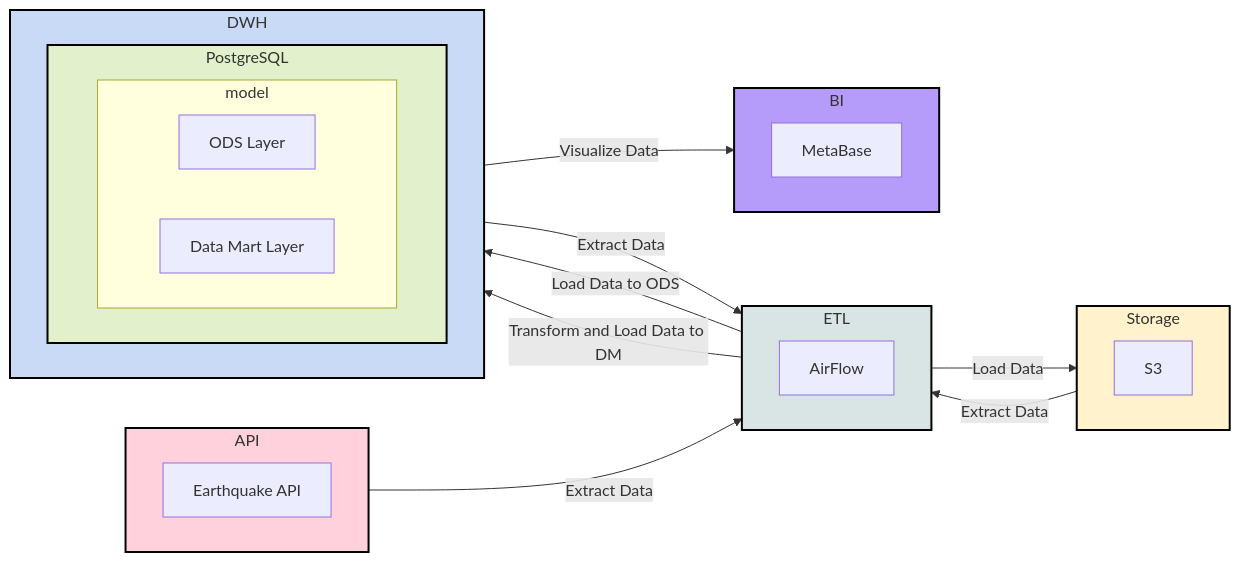
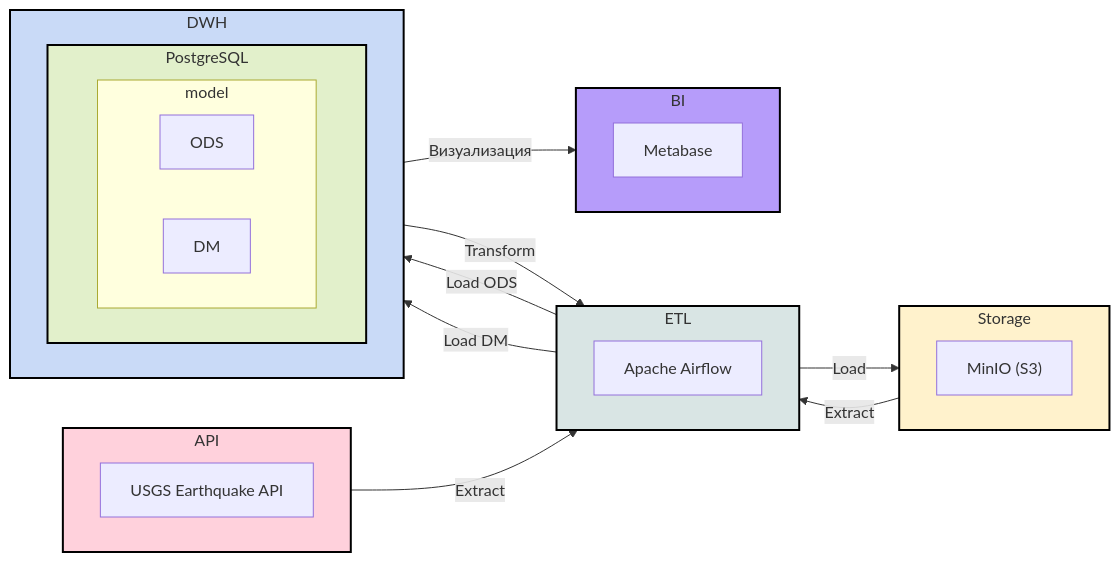
The diagram in README.md (kourtish/de_proj_earthquake), drawn with Mermaid before and after one commit. The commit also changed other lines of this file and 5 other files, not shown here.

````diff
--- a/README.md
+++ b/README.md
@@ -8,49 +23,48 @@
 ```mermaid
 flowchart LR
     subgraph API
         direction LR
-        API_E["Earthquake API"]
+        API_E["USGS Earthquake API"]
     end
 
     subgraph ETL
         direction LR
-        AirFlow
+        Airflow["Apache Airflow"]
     end
 
     subgraph Storage
         direction LR
-        S3
+        S3["MinIO (S3)"]
     end
 
     subgraph DWH
         direction LR
         subgraph PostgreSQL
             direction LR
             subgraph model
                 direction LR
-                ods["ODS Layer"]
-                dm["Data Mart Layer"]
+                ods["ODS"]
+                dm["DM"]
             end
         end
     end
 
     subgraph BI
         direction LR
-        MetaBase
+        Metabase
     end
 
-    API_E -->|Extract Data| AirFlow
-    AirFlow -->|Load Data| S3
-    S3 -->|Extract Data| AirFlow
-    AirFlow -->|Load Data to ODS| ods
-    ods -->|Extract Data| AirFlow
-    AirFlow -->|Transform and Load Data to DM| dm
-    dm -->|Visualize Data| MetaBase
-    style API fill: #FFD1DC, stroke: #000000, stroke-width: 2px
-    style ETL fill: #D9E5E4, stroke: #000000, stroke-width: 2px
-    style Storage fill: #FFF2CC, stroke: #000000, stroke-width: 2px
-    style DWH fill: #C9DAF7, stroke: #000000, stroke-width: 2px
-    style PostgreSQL fill: #E2F0CB, stroke: #000000, stroke-width: 2px
-    style BI fill: #B69CFA, stroke: #000000, stroke-width: 2px
-
+    API_E -->|Extract| Airflow
+    Airflow -->|Load| S3
+    S3 -->|Extract| Airflow
+    Airflow -->|Load ODS| ods
+    ods -->|Transform| Airflow
+    Airflow -->|Load DM| dm
+    dm -->|Визуализация| Metabase
+    style API fill:#FFD1DC,stroke:#000,stroke-width:2px
+    style ETL fill:#D9E5E4,stroke:#000,stroke-width:2px
+    style Storage fill:#FFF2CC,stroke:#000,stroke-width:2px
+    style DWH fill:#C9DAF7,stroke:#000,stroke-width:2px
+    style PostgreSQL fill:#E2F0CB,stroke:#000,stroke-width:2px
+    style BI fill:#B69CFA,stroke:#000,stroke-width:2px
 ```
````
